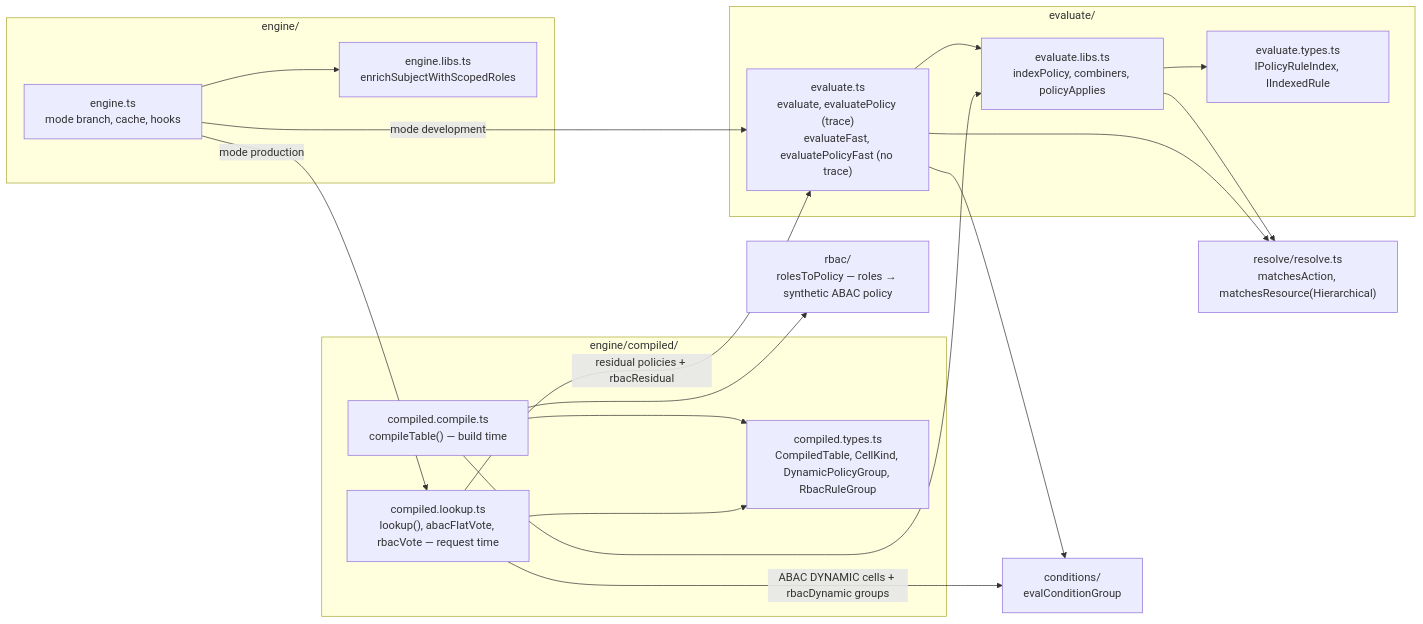
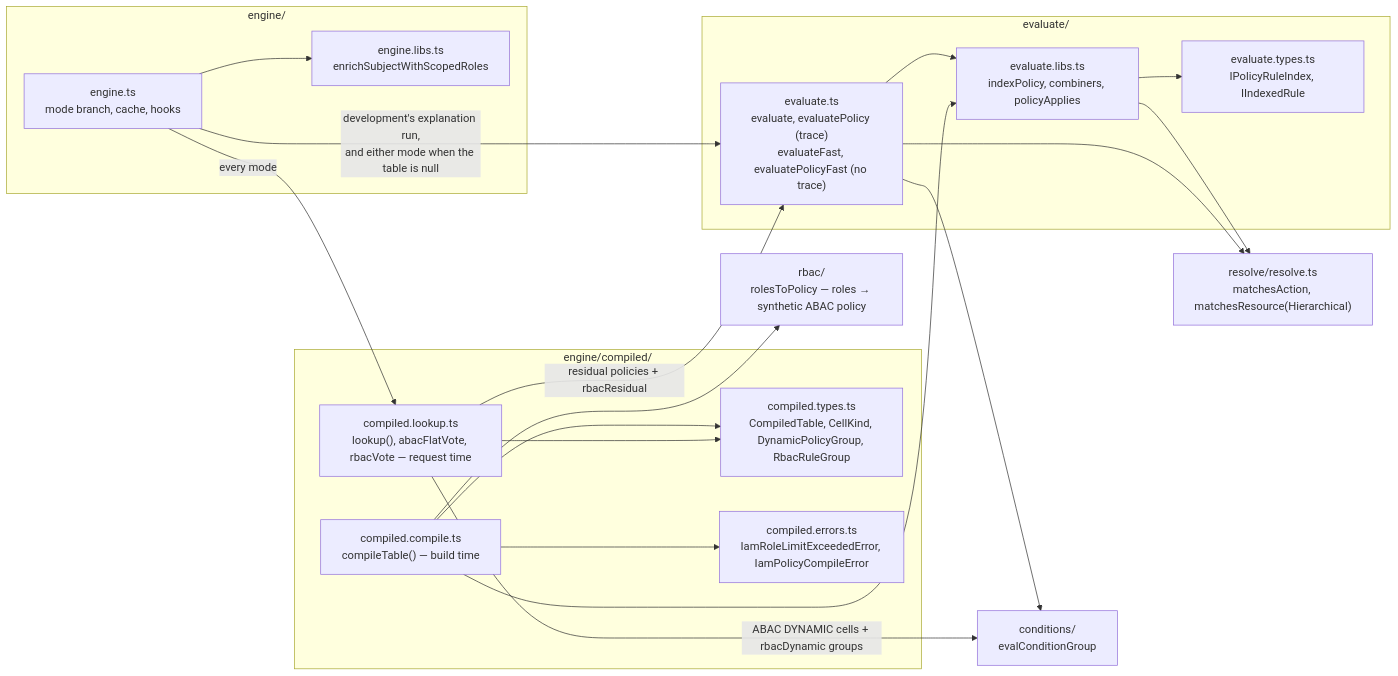
One commit to gentleeduck/duck-iam changed the third of 6 diagrams in packages/duck-iam/docs/compiled-engine-explained.md. Above: the diagram before and after it, drawn with Mermaid. The commit also changed other lines of this file and 6 other files, not shown here.

````diff
--- a/packages/duck-iam/docs/compiled-engine-explained.md
+++ b/packages/duck-iam/docs/compiled-engine-explained.md
@@ -80,35 +92,37 @@
 ```mermaid
 graph LR
     subgraph "engine/"
         ENGINE["engine.ts<br/>mode branch, cache, hooks"]
         ELIBS["engine.libs.ts<br/>enrichSubjectWithScopedRoles"]
     end
     subgraph "engine/compiled/"
         COMPILE["compiled.compile.ts<br/>compileTable() — build time"]
         LOOKUP["compiled.lookup.ts<br/>lookup(), abacFlatVote, rbacVote — request time"]
         CTYPES["compiled.types.ts<br/>CompiledTable, CellKind, DynamicPolicyGroup, RbacRuleGroup"]
+        CERR["compiled.errors.ts<br/>IamRoleLimitExceededError, IamPolicyCompileError"]
     end
     subgraph "evaluate/"
         EVAL["evaluate.ts<br/>evaluate, evaluatePolicy (trace)<br/>evaluateFast, evaluatePolicyFast (no trace)"]
         ELIBS2["evaluate.libs.ts<br/>indexPolicy, combiners, policyApplies"]
         ETYPES["evaluate.types.ts<br/>IPolicyRuleIndex, IIndexedRule"]
     end
     RESOLVE["resolve/resolve.ts<br/>matchesAction, matchesResource(Hierarchical)"]
     RBAC["rbac/<br/>rolesToPolicy — roles → synthetic ABAC policy"]
     COND["conditions/<br/>evalConditionGroup"]
 
     ENGINE --> ELIBS
-    ENGINE -->|mode production| LOOKUP
-    ENGINE -->|mode development| EVAL
+    ENGINE -->|"every mode"| LOOKUP
+    ENGINE -->|"development's explanation run,<br/>and either mode when the table is null"| EVAL
     LOOKUP --> CTYPES
     LOOKUP -->|residual policies + rbacResidual| EVAL
     LOOKUP -->|ABAC DYNAMIC cells + rbacDynamic groups| COND
     COMPILE --> CTYPES
+    COMPILE --> CERR
     COMPILE --> RBAC
     COMPILE --> ELIBS2
     EVAL --> ELIBS2
     EVAL --> RESOLVE
     EVAL --> COND
     ELIBS2 --> ETYPES
     ELIBS2 --> RESOLVE
 ```
````
